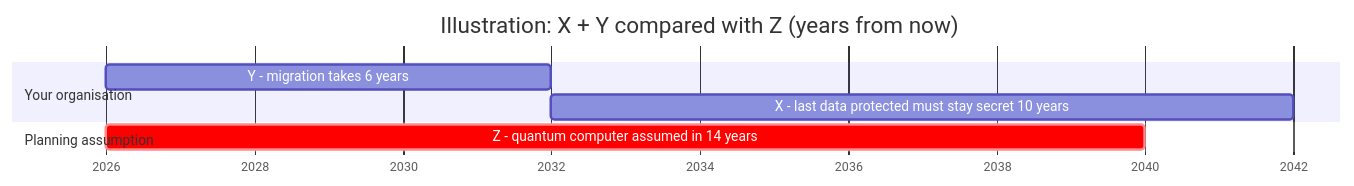
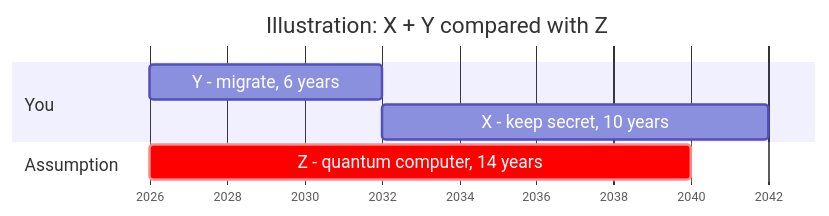
One commit to pqc-community/handbook changed the diagram in docs/learn/explainers/when-to-start.md. Above: the diagram before and after it, drawn with Mermaid. The commit also changed 6 other files, not shown here.

First line of the commit message:
docs(learn): make diagrams legible at page width

````diff
--- a/docs/learn/explainers/when-to-start.md
+++ b/docs/learn/explainers/when-to-start.md
@@ -20,11 +20,20 @@
 ```mermaid
+---
+config:
+  gantt:
+    useWidth: 680
+    fontSize: 14
+    sectionFontSize: 14
+    barHeight: 28
+    leftPadding: 110
+---
 gantt
-    title Illustration: X + Y compared with Z (years from now)
+    title Illustration: X + Y compared with Z
     dateFormat YYYY
     axisFormat %Y
-    section Your organisation
-    Y - migration takes 6 years                  :a1, 2026, 2032
-    X - last data protected must stay secret 10 years :a2, 2032, 2042
-    section Planning assumption
-    Z - quantum computer assumed in 14 years     :crit, z1, 2026, 2040
+    section You
+    Y - migrate, 6 years           :a1, 2026, 2032
+    X - keep secret, 10 years      :a2, 2032, 2042
+    section Assumption
+    Z - quantum computer, 14 years :crit, z1, 2026, 2040
 ```
````
